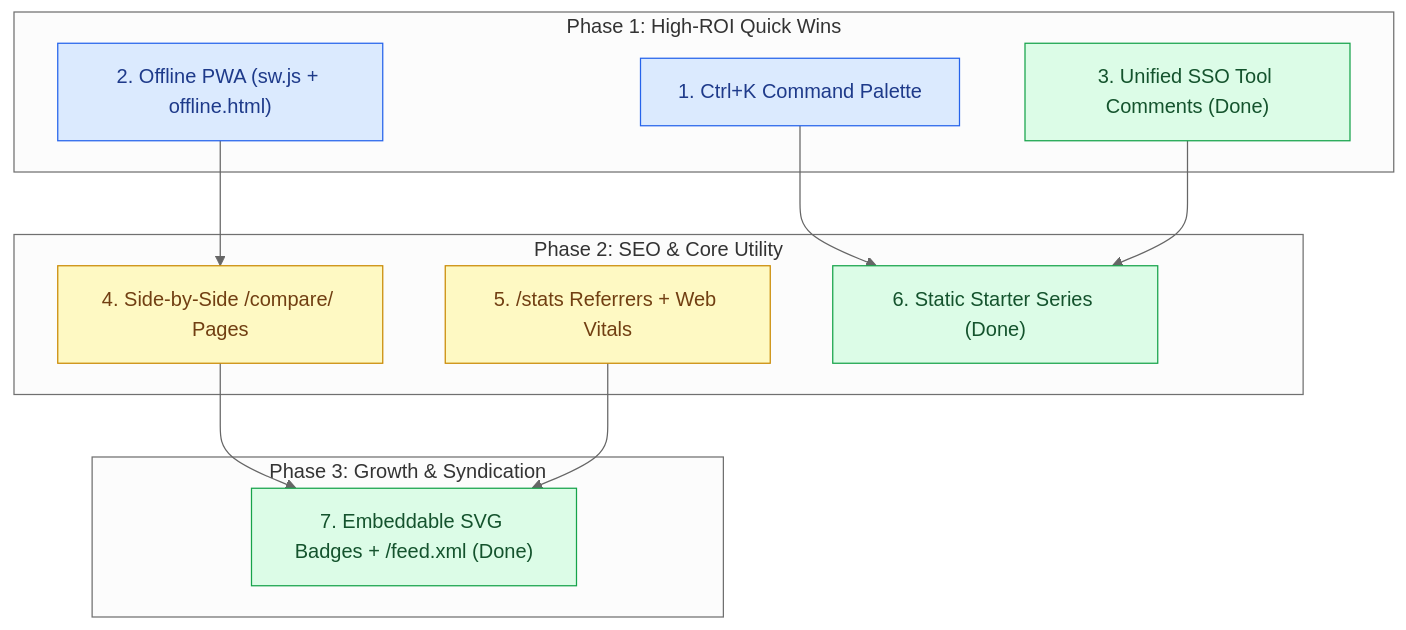
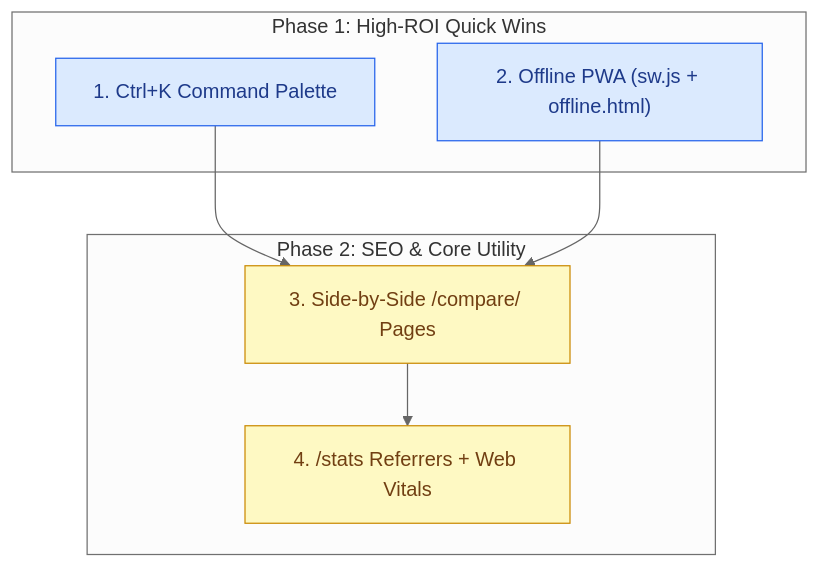
Before and after one commit to E6WeB/htmlstatic: the diagram in suggest.md, drawn with Mermaid (neutral theme). The commit also changed other lines of this file, not shown here.

````diff
--- a/suggest.md
+++ b/suggest.md
@@ -58,29 +52,19 @@
 ```mermaid
 flowchart TD
     classDef phase1 fill:#dbeafe,stroke:#2563eb,color:#1e3a8a
     classDef phase2 fill:#fef9c3,stroke:#ca8a04,color:#713f12
-    classDef phase3 fill:#f3e8ff,stroke:#9333ea,color:#581c87
-    classDef done fill:#dcfce7,stroke:#16a34a,color:#14532d
 
     subgraph "Phase 1: High-ROI Quick Wins"
         P1A["1. Ctrl+K Command Palette"]:::phase1
         P1B["2. Offline PWA (sw.js + offline.html)"]:::phase1
-        P1C["3. Unified SSO Tool Comments (Done)"]:::done
     end
 
     subgraph "Phase 2: SEO & Core Utility"
-        P2A["4. Side-by-Side /compare/ Pages"]:::phase2
-        P2B["5. /stats Referrers + Web Vitals"]:::phase2
-        P2C["6. Static Starter Series (Done)"]:::done
+        P2A["3. Side-by-Side /compare/ Pages"]:::phase2
+        P2B["4. /stats Referrers + Web Vitals"]:::phase2
     end
 
-    subgraph "Phase 3: Growth & Syndication"
-        P3A["7. Embeddable SVG Badges + /feed.xml (Done)"]:::done
-    end
-
-    P1A --> P2C
+    P1A --> P2A
     P1B --> P2A
-    P1C --> P2C
-    P2A --> P3A
-    P2B --> P3A
+    P2A --> P2B
 ```
````
